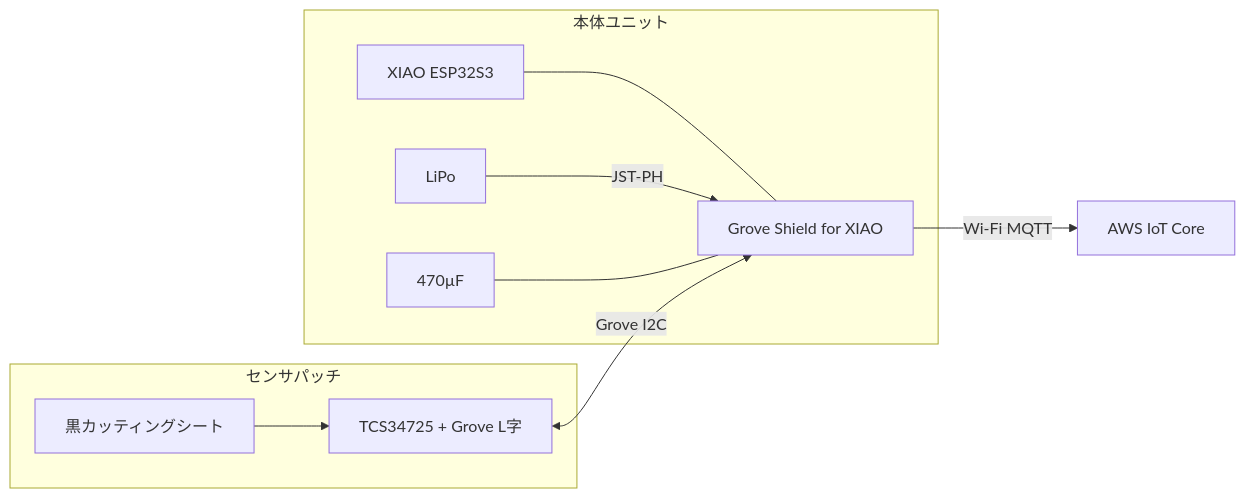
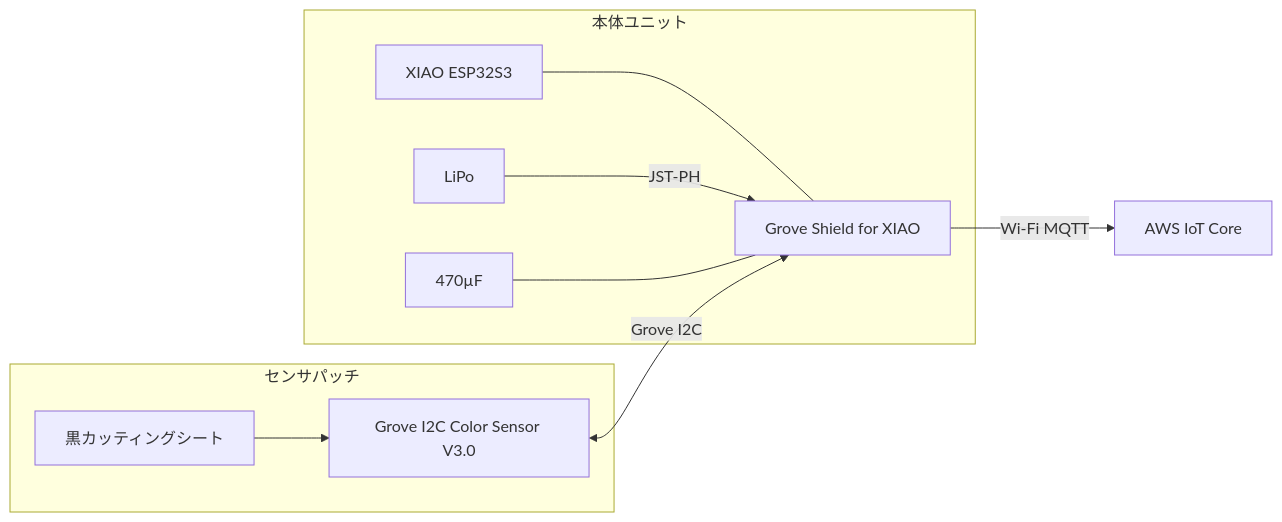
Before and after one commit to makeOurCity/parking-status-sensor: the diagram in docs/wiring.md, drawn with Mermaid. The commit also changed other lines of this file and 8 other files, not shown here.

First line of the commit message:
docs: Grove I2C Color Sensor V3.0（VEML6040）採用を反映

````diff
--- a/docs/wiring.md
+++ b/docs/wiring.md
@@ -30,21 +30,21 @@
 ```mermaid
 flowchart LR
   subgraph sensor_patch [センサパッチ]
     Sheet[黒カッティングシート]
-    TCS[TCS34725 + Grove L字]
-    Sheet --> TCS
+    Sensor[Grove I2C Color Sensor V3.0]
+    Sheet --> Sensor
   end
 
   subgraph main_unit [本体ユニット]
     Shield[Grove Shield for XIAO]
     XIAO[XIAO ESP32S3]
     CAP[470µF]
     LIPO[LiPo]
     XIAO --- Shield
     LIPO -->|JST-PH| Shield
     CAP --- Shield
   end
 
-  TCS <-->|Grove I2C| Shield
+  Sensor <-->|Grove I2C| Shield
   Shield -->|Wi-Fi MQTT| MQTT[AWS IoT Core]
 ```
````
